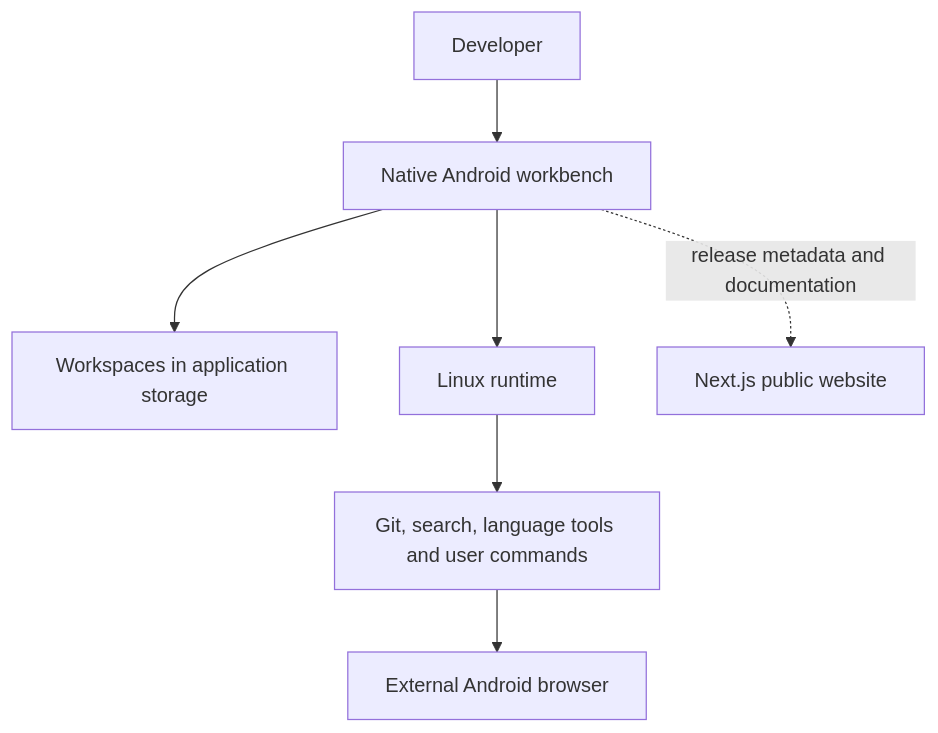
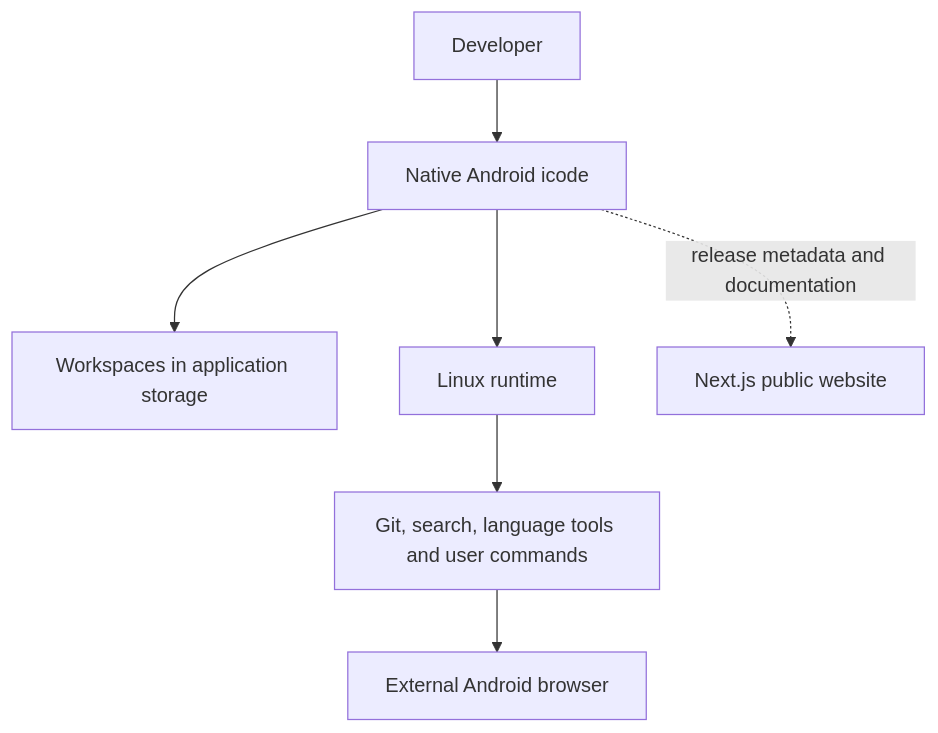
Before and after one commit to itzmejanak/iCode: the first of 2 diagrams in docs/architecture.md, drawn with Mermaid. The commit also changed other lines of this file and 158 other files, not shown here.

First line of the commit message:
refactor(app): rename Workbench to ICode across the repository

````diff
--- a/docs/architecture.md
+++ b/docs/architecture.md
@@ -97,9 +97,9 @@
 ```mermaid
 flowchart TD
-    U["Developer"] --> A["Native Android workbench"]
+    U["Developer"] --> A["Native Android icode"]
     A --> D["Workspaces in application storage"]
     A --> R["Linux runtime"]
     R --> T["Git, search, language tools and user commands"]
     T --> B["External Android browser"]
     A -. "release metadata and documentation" .-> W["Next.js public website"]
 ```
````
